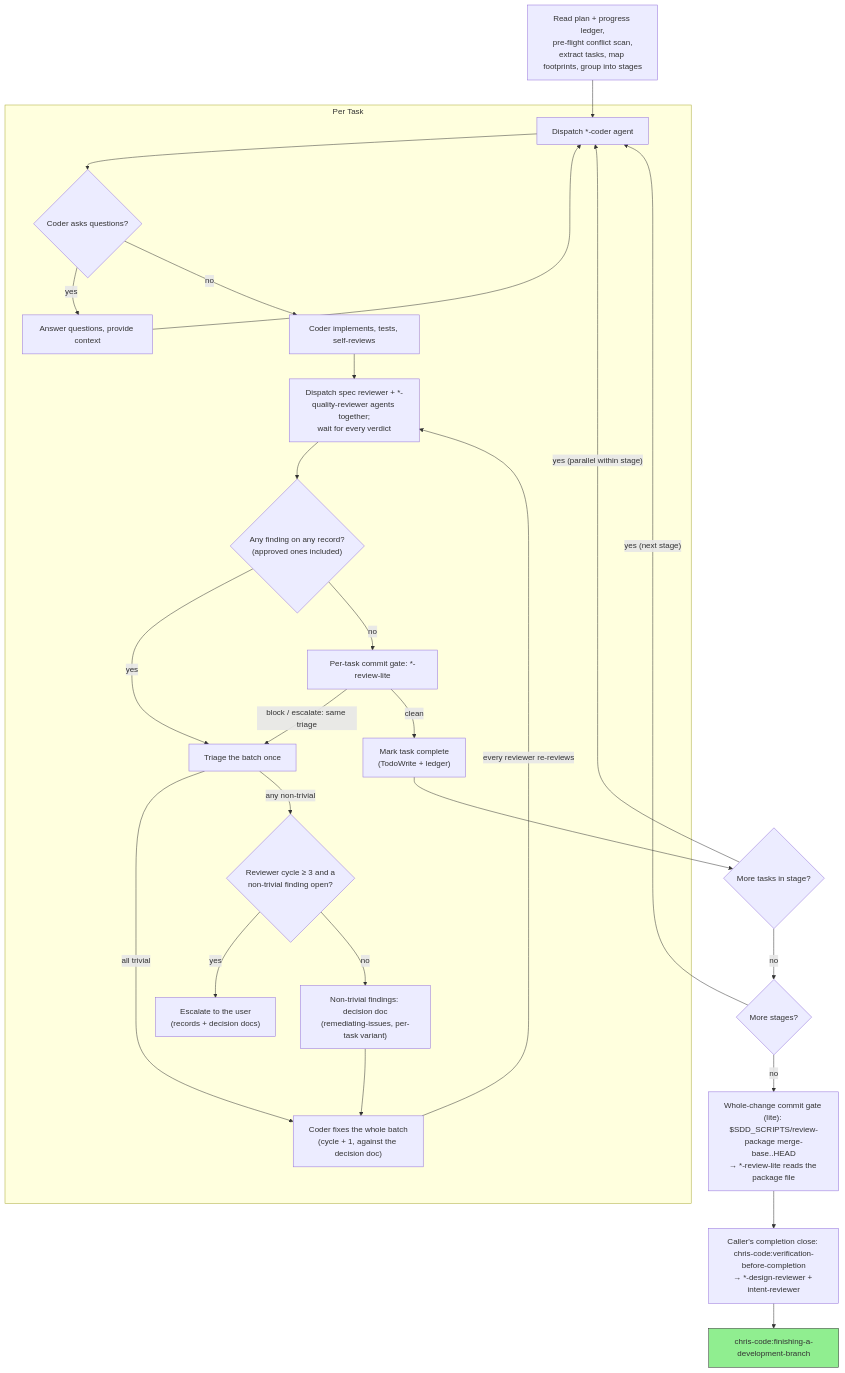
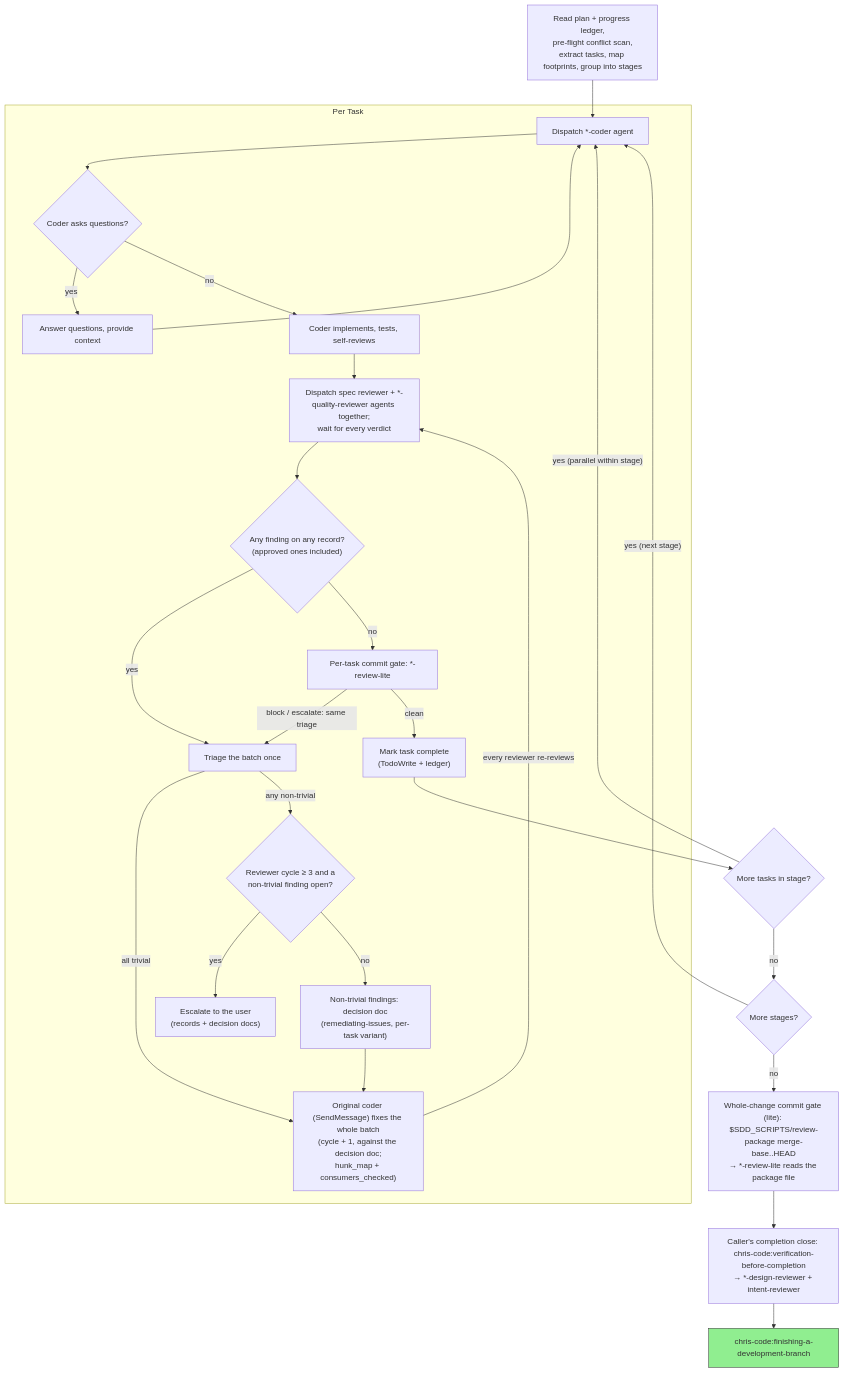
One commit to chris-santiago/claude-plugins changed the diagram in chris-code/skills/subagent-driven-development/SKILL.md. Above: the diagram before and after it, drawn with Mermaid. The commit also changed other lines of this file and 16 other files, not shown here.

````diff
--- a/chris-code/skills/subagent-driven-development/SKILL.md
+++ b/chris-code/skills/subagent-driven-development/SKILL.md
@@ -27,52 +27,52 @@
 ```mermaid
 flowchart TB
     subgraph Per Task
         coder["Dispatch *-coder agent"]
         questions{"Coder asks questions?"}
         answer["Answer questions, provide context"]
         implement["Coder implements, tests, self-reviews"]
         reviews["Dispatch spec reviewer + *-quality-reviewer agents together;<br/>wait for every verdict"]
         reviews_ok{"Any finding on any record?<br/>(approved ones included)"}
         triage["Triage the batch once"]
         cap{"Reviewer cycle ≥ 3 and a<br/>non-trivial finding open?"}
         escalate["Escalate to the user<br/>(records + decision docs)"]
         decision["Non-trivial findings: decision doc<br/>(remediating-issues, per-task variant)"]
-        fix["Coder fixes the whole batch<br/>(cycle + 1, against the decision doc)"]
+        fix["Original coder (SendMessage) fixes the whole batch<br/>(cycle + 1, against the decision doc;<br/>hunk_map + consumers_checked)"]
         commit_gate["Per-task commit gate: *-review-lite"]
         done["Mark task complete<br/>(TodoWrite + ledger)"]
     end
 
     read["Read plan + progress ledger,<br/>pre-flight conflict scan,<br/>extract tasks, map footprints, group into stages"]
     more_tasks{"More tasks in stage?"}
     more_stages{"More stages?"}
     final_gate["Whole-change commit gate (lite): $SDD_SCRIPTS/review-package merge-base..HEAD<br/>→ *-review-lite reads the package file"]
     verification["Caller's completion close: chris-code:verification-before-completion<br/>→ *-design-reviewer + intent-reviewer"]
     finish["chris-code:finishing-a-development-branch"]:::finish
 
     read --> coder
     coder --> questions
     questions -->|yes| answer
     answer --> coder
     questions -->|no| implement
     implement --> reviews
     reviews --> reviews_ok
     reviews_ok -->|yes| triage
     triage -->|all trivial| fix
     triage -->|any non-trivial| cap
     cap -->|yes| escalate
     cap -->|no| decision
     decision --> fix
     fix -->|"every reviewer re-reviews"| reviews
     reviews_ok -->|no| commit_gate
     commit_gate -->|"block / escalate: same triage"| triage
     commit_gate -->|clean| done
     done --> more_tasks
     more_tasks -->|"yes (parallel within stage)"| coder
     more_tasks -->|no| more_stages
     more_stages -->|"yes (next stage)"| coder
     more_stages -->|no| final_gate
     final_gate --> verification
     verification --> finish
 
     classDef finish fill:#90EE90,stroke:#333
 ```
````
